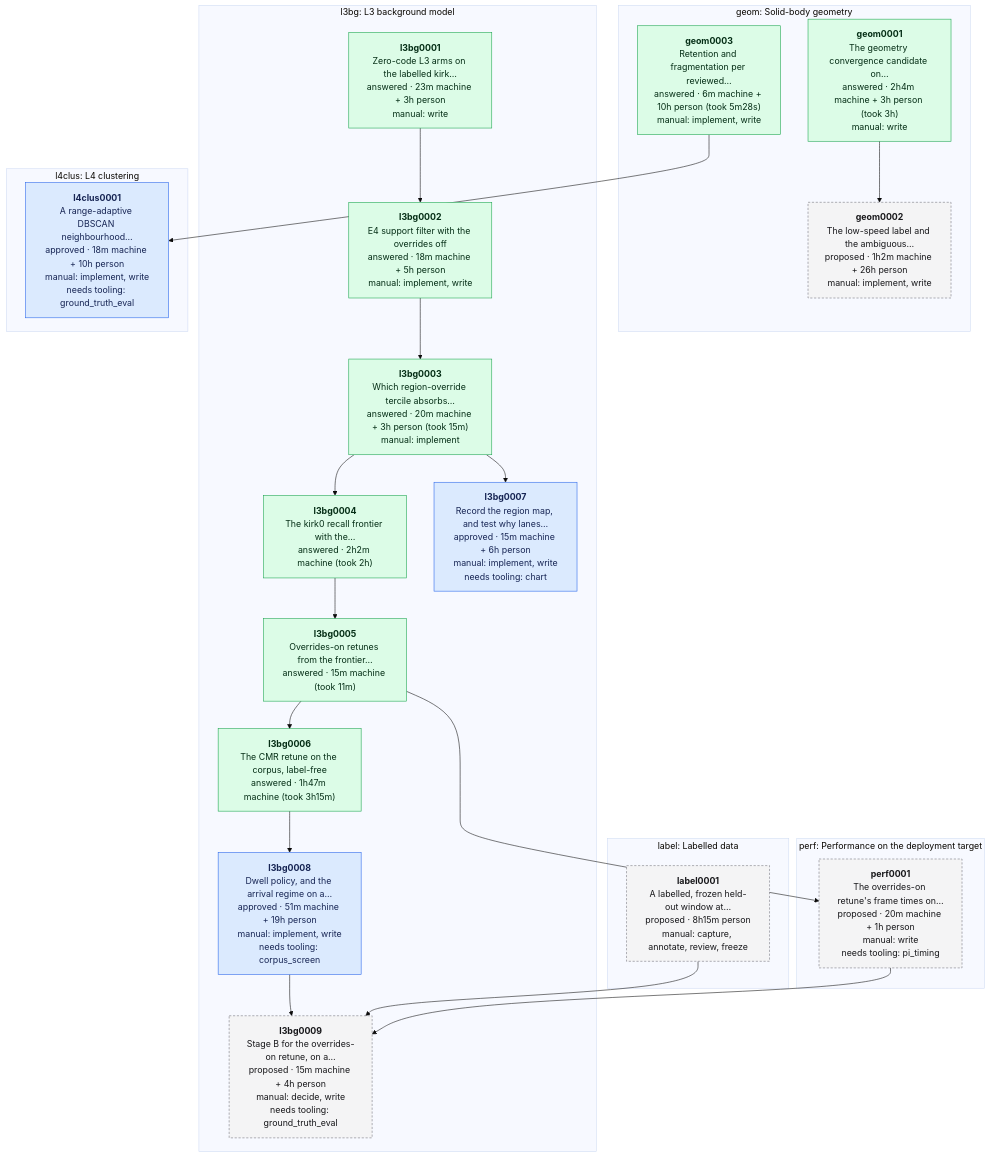
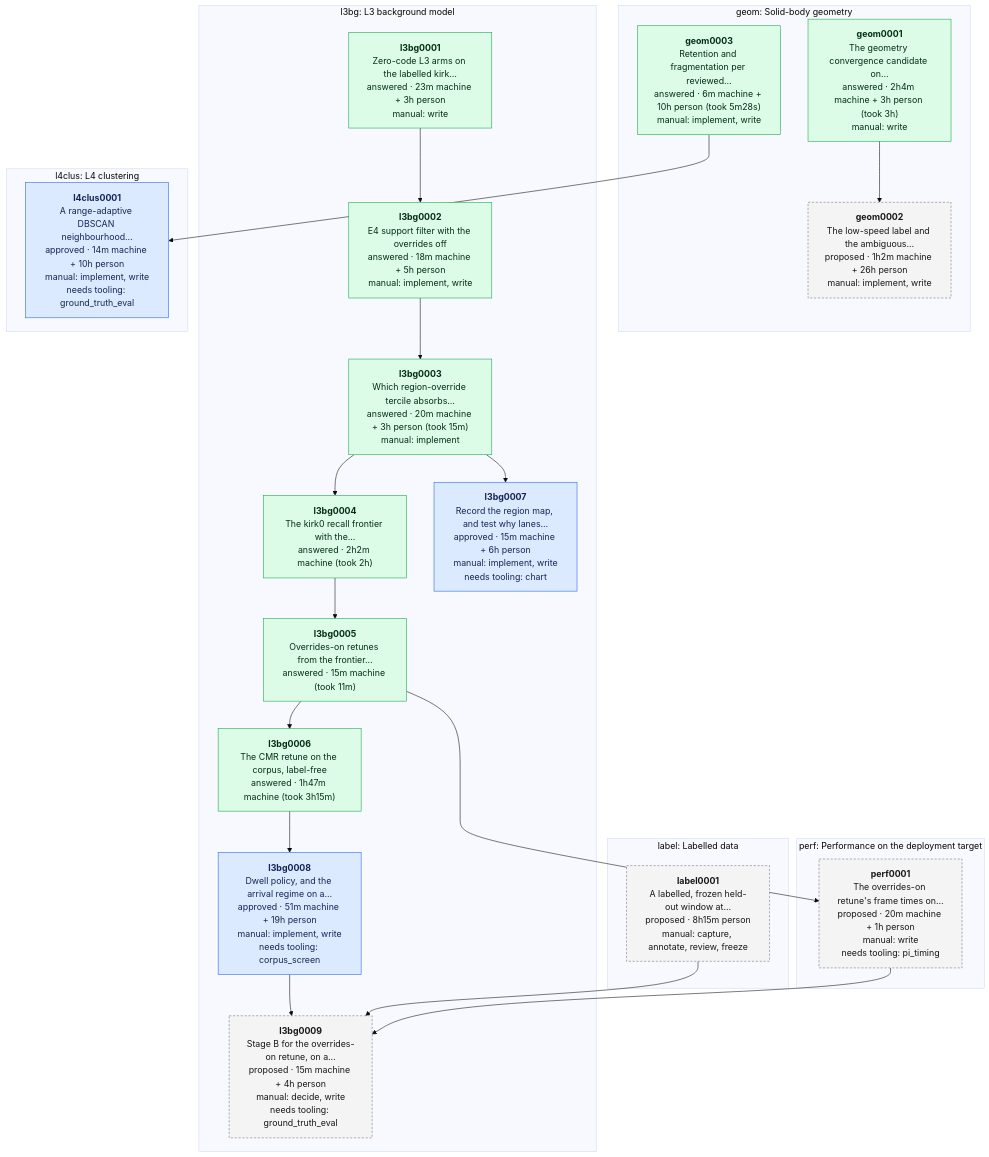
One commit to banshee-data/velocity.report changed the diagram in data/experiments/DEPENDENCIES.md. Above: the diagram before and after it, drawn with Mermaid (base theme). The commit also changed other lines of this file and 1 other file, not shown here.

Commit message:
[ai][docs] l4clus0001 runs on kirk0, the capture with point-level reviewed masks

````diff
--- a/data/experiments/DEPENDENCIES.md
+++ b/data/experiments/DEPENDENCIES.md
@@ -7,45 +7,45 @@
 ```mermaid
 flowchart TB
   classDef proposed fill:#f4f4f5,stroke:#71717a,stroke-dasharray:4 3,color:#18181b
   classDef approved fill:#dbeafe,stroke:#2563eb,color:#172554
   classDef answered fill:#dcfce7,stroke:#16a34a,color:#052e16
   classDef retired fill:#fafafa,stroke:#d4d4d8,color:#71717a
   subgraph area_geom ["geom: Solid-body geometry"]
     geom0001["<b>geom0001</b><br/>The geometry convergence candidate on…<br/>answered · 2h4m machine + 3h person (took 3h)<br/>manual: write"]:::answered
     geom0002["<b>geom0002</b><br/>The low-speed label and the ambiguous…<br/>proposed · 1h2m machine + 26h person<br/>manual: implement, write"]:::proposed
     geom0003["<b>geom0003</b><br/>Retention and fragmentation per reviewed…<br/>answered · 6m machine + 10h person (took 5m28s)<br/>manual: implement, write"]:::answered
   end
   subgraph area_l3bg ["l3bg: L3 background model"]
     l3bg0001["<b>l3bg0001</b><br/>Zero-code L3 arms on the labelled kirk…<br/>answered · 23m machine + 3h person<br/>manual: write"]:::answered
     l3bg0002["<b>l3bg0002</b><br/>E4 support filter with the overrides off<br/>answered · 18m machine + 5h person<br/>manual: implement, write"]:::answered
     l3bg0003["<b>l3bg0003</b><br/>Which region-override tercile absorbs…<br/>answered · 20m machine + 3h person (took 15m)<br/>manual: implement"]:::answered
     l3bg0004["<b>l3bg0004</b><br/>The kirk0 recall frontier with the…<br/>answered · 2h2m machine (took 2h)"]:::answered
     l3bg0005["<b>l3bg0005</b><br/>Overrides-on retunes from the frontier…<br/>answered · 15m machine (took 11m)"]:::answered
     l3bg0006["<b>l3bg0006</b><br/>The CMR retune on the corpus, label-free<br/>answered · 1h47m machine (took 3h15m)"]:::answered
     l3bg0007["<b>l3bg0007</b><br/>Record the region map, and test why lanes…<br/>approved · 15m machine + 6h person<br/>manual: implement, write<br/>needs tooling: chart"]:::approved
     l3bg0008["<b>l3bg0008</b><br/>Dwell policy, and the arrival regime on a…<br/>approved · 51m machine + 19h person<br/>manual: implement, write<br/>needs tooling: corpus_screen"]:::approved
     l3bg0009["<b>l3bg0009</b><br/>Stage B for the overrides-on retune, on a…<br/>proposed · 15m machine + 4h person<br/>manual: decide, write<br/>needs tooling: ground_truth_eval"]:::proposed
   end
   subgraph area_l4clus ["l4clus: L4 clustering"]
-    l4clus0001["<b>l4clus0001</b><br/>A range-adaptive DBSCAN neighbourhood…<br/>approved · 18m machine + 10h person<br/>manual: implement, write<br/>needs tooling: ground_truth_eval"]:::approved
+    l4clus0001["<b>l4clus0001</b><br/>A range-adaptive DBSCAN neighbourhood…<br/>approved · 14m machine + 10h person<br/>manual: implement, write<br/>needs tooling: ground_truth_eval"]:::approved
   end
   subgraph area_label ["label: Labelled data"]
     label0001["<b>label0001</b><br/>A labelled, frozen held-out window at…<br/>proposed · 8h15m person<br/>manual: capture, annotate, review, freeze"]:::proposed
   end
   subgraph area_perf ["perf: Performance on the deployment target"]
     perf0001["<b>perf0001</b><br/>The overrides-on retune's frame times on…<br/>proposed · 20m machine + 1h person<br/>manual: write<br/>needs tooling: pi_timing"]:::proposed
   end
   geom0001 --> geom0002
   l3bg0001 --> l3bg0002
   l3bg0002 --> l3bg0003
   l3bg0003 --> l3bg0004
   l3bg0004 --> l3bg0005
   l3bg0005 --> l3bg0006
   l3bg0003 --> l3bg0007
   l3bg0006 --> l3bg0008
   l3bg0008 --> l3bg0009
   label0001 --> l3bg0009
   perf0001 --> l3bg0009
   geom0003 --> l4clus0001
   l3bg0005 --> perf0001
 ```
````
